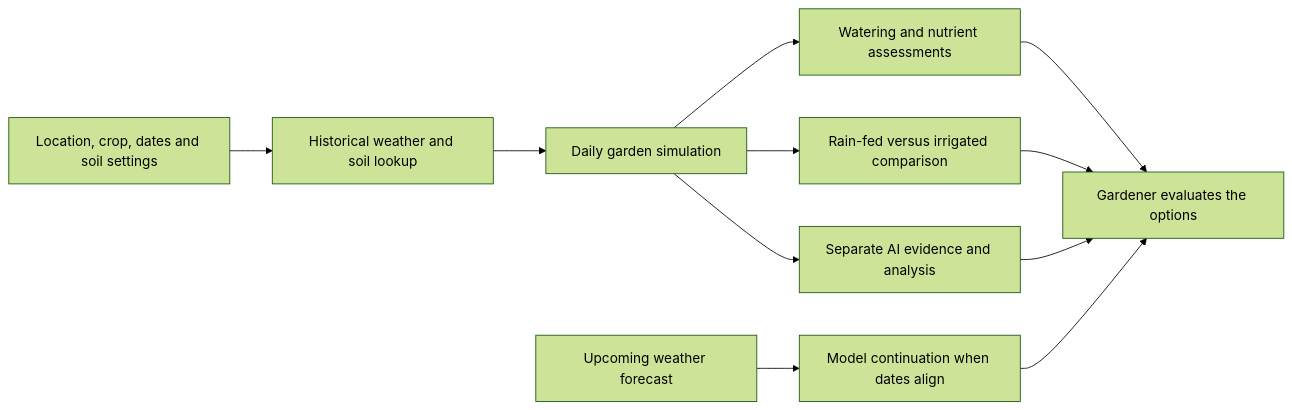
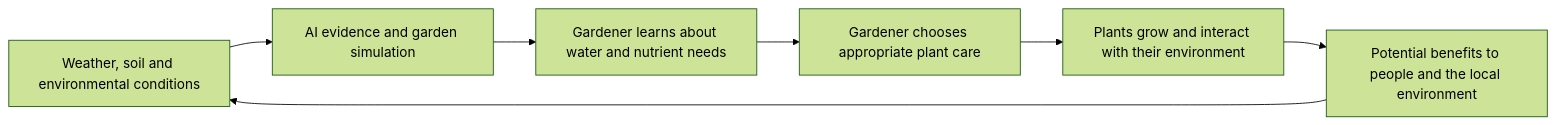
The diagram in README.md (Tsunami-The-Coder/GardenTwin), drawn with Mermaid (forest theme) before and after one commit. The commit also changed other lines of this file, not shown here.

````diff
--- a/README.md
+++ b/README.md
@@ -42,13 +49,9 @@
 ```mermaid
 flowchart LR
-    A[Location, crop, dates and soil settings] --> B[Historical weather and soil lookup]
-    B --> C[Daily garden simulation]
-    C --> D[Watering and nutrient assessments]
-    C --> E[Rain-fed versus irrigated comparison]
-    C --> F[Separate AI evidence and analysis]
-    D --> G[Gardener evaluates the options]
-    E --> G
-    F --> G
-    H[Upcoming weather forecast] --> I[Model continuation when dates align]
-    I --> G
+    A[Weather, soil and environmental conditions] --> B[AI evidence and garden simulation]
+    B --> C[Gardener learns about water and nutrient needs]
+    C --> D[Gardener chooses appropriate plant care]
+    D --> E[Plants grow and interact with their environment]
+    E --> F[Potential benefits to people and the local environment]
+    F --> A
 ```
````
